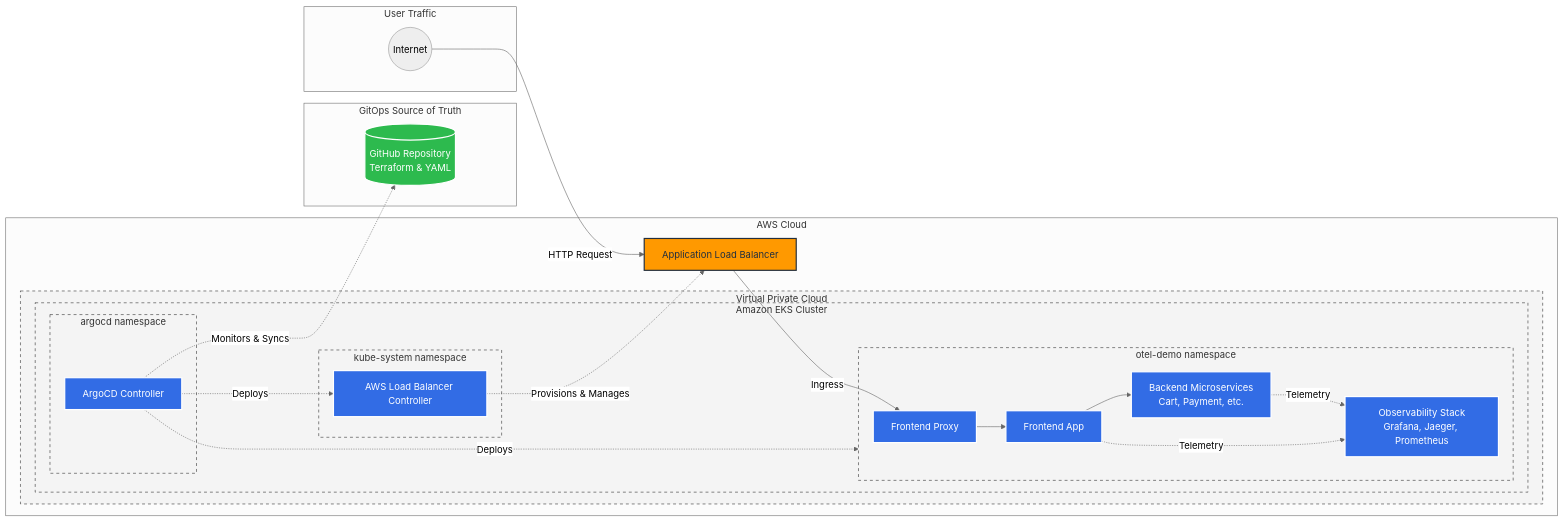
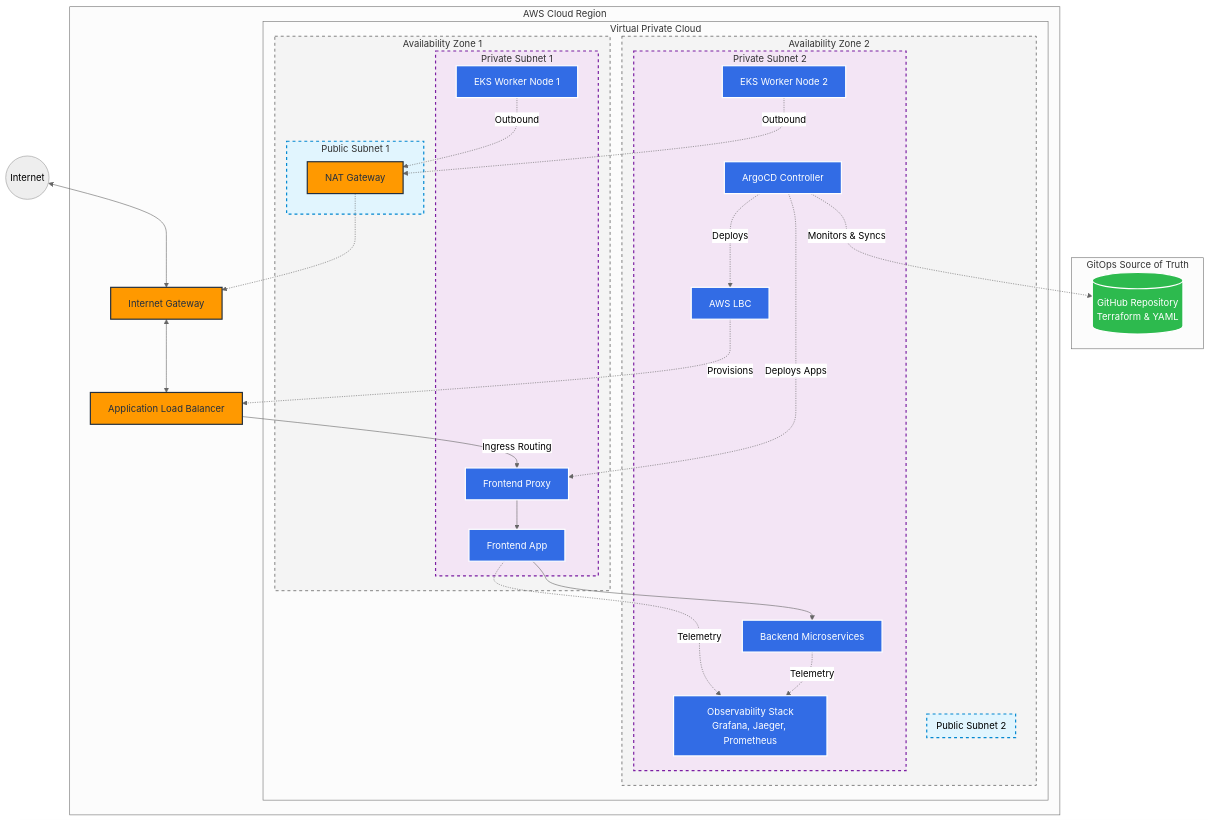
Before and after one commit to gitanshulbisht/ProductionGradeEndToEndDevOps: the diagram in README.md, drawn with Mermaid (neutral theme).

Commit message:
docs: Upgrade architecture diagram to show AZs, NAT, and Subnets

````diff
--- a/README.md
+++ b/README.md
@@ -12,56 +12,78 @@
 ```mermaid
-flowchart LR
-    subgraph Users[User Traffic]
-        Internet((Internet))
-    end
-
+flowchart TB
+    Internet((Internet))
+    
     subgraph GitHub[GitOps Source of Truth]
         Repo[(GitHub Repository\nTerraform & YAML)]
     end
 
-    subgraph AWS[AWS Cloud]
+    subgraph AWS[AWS Cloud Region]
+        IGW[Internet Gateway]
         ALB[Application Load Balancer]
         
         subgraph VPC[Virtual Private Cloud]
-            subgraph EKS[Amazon EKS Cluster]
-                subgraph ArgoCD_NS[argocd namespace]
-                    ArgoCD[ArgoCD Controller]
+            
+            subgraph AZ1[Availability Zone 1]
+                subgraph PubSub1[Public Subnet 1]
+                    NAT[NAT Gateway]
                 end
-
-                subgraph KubeSystem_NS[kube-system namespace]
-                    LBC[AWS Load Balancer Controller]
-                end
-
-                subgraph OTel_NS[otel-demo namespace]
+                
+                subgraph PrivSub1[Private Subnet 1]
+                    Node1[EKS Worker Node 1]
                     FrontendProxy[Frontend Proxy]
                     Frontend[Frontend App]
-                    Backend[Backend Microservices\nCart, Payment, etc.]
+                end
+            end
+            
+            subgraph AZ2[Availability Zone 2]
+                subgraph PubSub2[Public Subnet 2]
+                end
+                
+                subgraph PrivSub2[Private Subnet 2]
+                    Node2[EKS Worker Node 2]
+                    Backend[Backend Microservices]
                     Obs[Observability Stack\nGrafana, Jaeger, Prometheus]
-                    
-                    FrontendProxy --> Frontend
-                    Frontend --> Backend
-                    Backend -.->|Telemetry| Obs
-                    Frontend -.->|Telemetry| Obs
+                    ArgoCD[ArgoCD Controller]
+                    LBC[AWS LBC]
                 end
             end
         end
     end
 
-    Internet -->|HTTP Request| ALB
-    ALB -->|Ingress| FrontendProxy
+    %% Networking
+    Internet <--> IGW
+    IGW <--> ALB
+    ALB -->|Ingress Routing| FrontendProxy
     
-    LBC -.->|Provisions & Manages| ALB
+    %% NAT Flow
+    Node1 -.->|Outbound| NAT
+    Node2 -.->|Outbound| NAT
+    NAT -.-> IGW
+    
+    %% Application Flow
+    FrontendProxy --> Frontend
+    Frontend --> Backend
+    Backend -.->|Telemetry| Obs
+    Frontend -.->|Telemetry| Obs
+    
+    %% GitOps Flow
+    LBC -.->|Provisions| ALB
     ArgoCD -.->|Monitors & Syncs| Repo
     ArgoCD -.->|Deploys| LBC
-    ArgoCD -.->|Deploys| OTel_NS
+    ArgoCD -.->|Deploys Apps| FrontendProxy
 
-    classDef aws fill:#FF9900,stroke:#232F3E,stroke-width:2px,color:#232F3E;
-    classDef k8s fill:#326CE5,stroke:#fff,stroke-width:2px,color:#fff;
-    classDef git fill:#2dba4e,stroke:#fff,stroke-width:2px,color:#fff;
-    classDef bg fill:#f4f4f4,stroke:#333,stroke-width:1px,stroke-dasharray: 5 5;
+    %% Styling
+    classDef aws fill:#FF9900,stroke:#232F3E,stroke-width:2px,color:#232F3E,stroke-dasharray: 0;
+    classDef k8s fill:#326CE5,stroke:#fff,stroke-width:2px,color:#fff,stroke-dasharray: 0;
+    classDef git fill:#2dba4e,stroke:#fff,stroke-width:2px,color:#fff,stroke-dasharray: 0;
+    classDef pub fill:#e1f5fe,stroke:#0288d1,stroke-width:2px,stroke-dasharray: 5 5;
+    classDef priv fill:#f3e5f5,stroke:#7b1fa2,stroke-width:2px,stroke-dasharray: 5 5;
+    classDef az fill:#f4f4f4,stroke:#333,stroke-width:1px,stroke-dasharray: 5 5;
     
-    class ALB aws;
-    class ArgoCD,LBC,FrontendProxy,Frontend,Backend,Obs k8s;
+    class ALB,IGW,NAT aws;
+    class ArgoCD,LBC,FrontendProxy,Frontend,Backend,Obs,Node1,Node2 k8s;
     class Repo git;
-    class VPC,EKS,ArgoCD_NS,KubeSystem_NS,OTel_NS bg;
+    class PubSub1,PubSub2 pub;
+    class PrivSub1,PrivSub2 priv;
+    class AZ1,AZ2 az;
 ```
````
